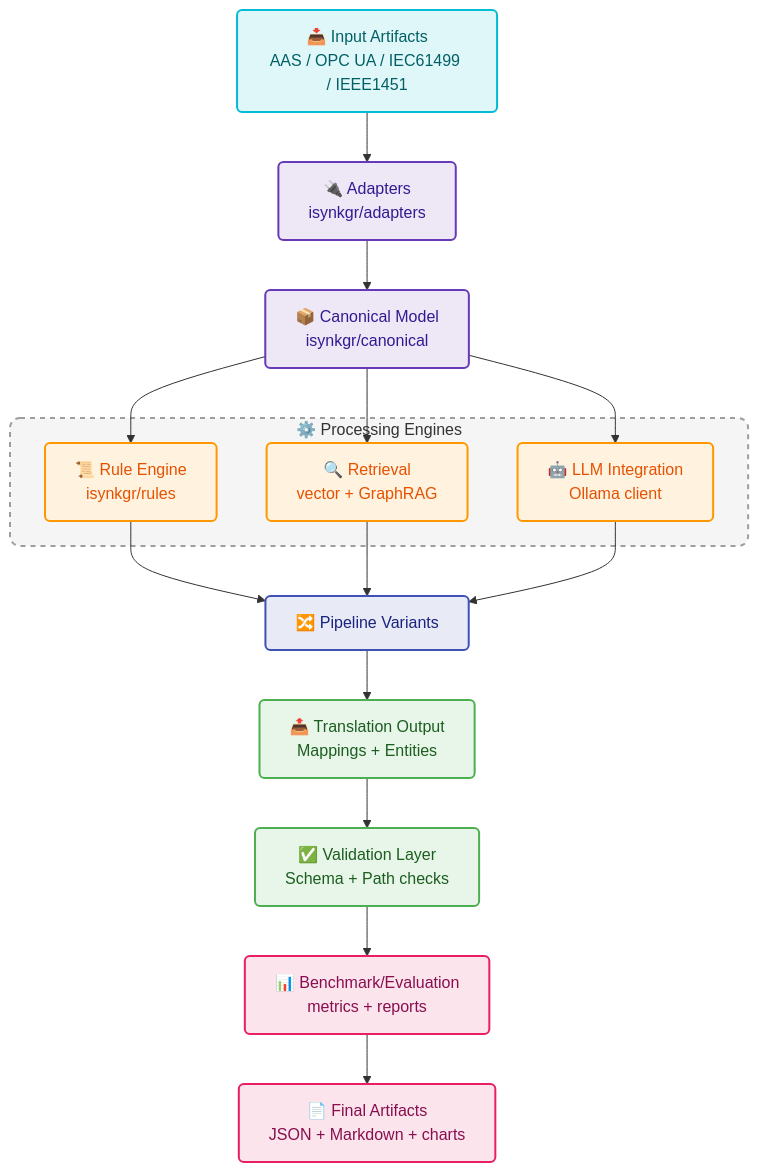
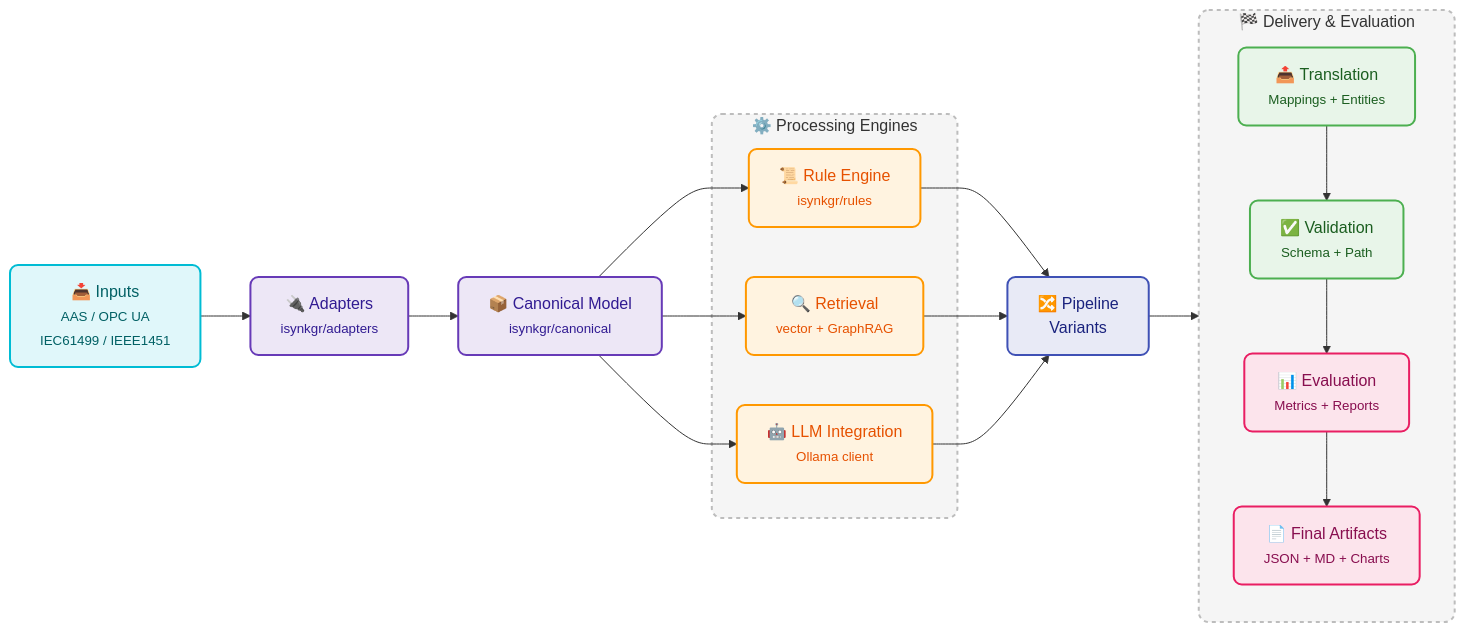
One commit to vtavakkoli/ISynKGR changed the diagram in README.md. Above: the diagram before and after it, drawn with Mermaid.

````diff
--- a/README.md
+++ b/README.md
@@ -25,37 +25,46 @@
 ```mermaid
-flowchart TD
-    %% Define Custom Colors and Styles (Material Design Palette)
-    classDef input fill:#e0f7fa,stroke:#00bcd4,stroke-width:2px,color:#006064,rx:5,ry:5
-    classDef core fill:#ede7f6,stroke:#673ab7,stroke-width:2px,color:#311b92,rx:5,ry:5
-    classDef engine fill:#fff3e0,stroke:#ff9800,stroke-width:2px,color:#e65100,rx:5,ry:5
-    classDef merge fill:#e8eaf6,stroke:#3f51b5,stroke-width:2px,color:#1a237e,rx:5,ry:5
-    classDef out fill:#e8f5e9,stroke:#4caf50,stroke-width:2px,color:#1b5e20,rx:5,ry:5
-    classDef metric fill:#fce4ec,stroke:#e91e63,stroke-width:2px,color:#880e4f,rx:5,ry:5
+flowchart LR
+    %% Custom Colors and Styles (Slightly rounder corners rx:8 for a modern card look)
+    classDef input fill:#e0f7fa,stroke:#00bcd4,stroke-width:2px,color:#006064,rx:8,ry:8
+    classDef core fill:#ede7f6,stroke:#673ab7,stroke-width:2px,color:#311b92,rx:8,ry:8
+    classDef engine fill:#fff3e0,stroke:#ff9800,stroke-width:2px,color:#e65100,rx:8,ry:8
+    classDef merge fill:#e8eaf6,stroke:#3f51b5,stroke-width:2px,color:#1a237e,rx:8,ry:8
+    classDef out fill:#e8f5e9,stroke:#4caf50,stroke-width:2px,color:#1b5e20,rx:8,ry:8
+    classDef metric fill:#fce4ec,stroke:#e91e63,stroke-width:2px,color:#880e4f,rx:8,ry:8
 
-    %% Nodes and Connections
-    A["📥 Input Artifacts<br>AAS / OPC UA / IEC61499 / IEEE1451"]:::input --> B["🔌 Adapters<br>isynkgr/adapters"]:::core
-    B --> C["📦 Canonical Model<br>isynkgr/canonical"]:::core
+    %% 1. Ingestion (Left Side)
+    A["📥 Inputs<br><small>AAS / OPC UA<br>IEC61499 / IEEE1451</small>"]:::input
+    B["🔌 Adapters<br><small>isynkgr/adapters</small>"]:::core
+    C["📦 Canonical Model<br><small>isynkgr/canonical</small>"]:::core
 
+    A --> B --> C
+
+    %% 2. Processing (Middle)
     subgraph Processing["⚙️ Processing Engines"]
-        D1["📜 Rule Engine<br>isynkgr/rules"]:::engine
-        D2["🔍 Retrieval<br>vector + GraphRAG"]:::engine
-        D3["🤖 LLM Integration<br>Ollama client"]:::engine
+        D1["📜 Rule Engine<br><small>isynkgr/rules</small>"]:::engine
+        D2["🔍 Retrieval<br><small>vector + GraphRAG</small>"]:::engine
+        D3["🤖 LLM Integration<br><small>Ollama client</small>"]:::engine
     end
 
-    C --> D1
-    C --> D2
-    C --> D3
+    C --> D1 & D2 & D3
 
-    D1 --> E["🔀 Pipeline Variants"]:::merge
-    D2 --> E
-    D3 --> E
+    E["🔀 Pipeline<br>Variants"]:::merge
+    D1 & D2 & D3 --> E
 
-    E --> F["📤 Translation Output<br>Mappings + Entities"]:::out
-    F --> G["✅ Validation Layer<br>Schema + Path checks"]:::out
-    G --> H["📊 Benchmark/Evaluation<br>metrics + reports"]:::metric
+    %% 3. Output Pipeline (Right Side - Folded vertically for compactness!)
+    subgraph Delivery["🏁 Delivery & Evaluation"]
+        direction TB
+        F["📤 Translation<br><small>Mappings + Entities</small>"]:::out
+        G["✅ Validation<br><small>Schema + Path</small>"]:::out
+        H["📊 Evaluation<br><small>Metrics + Reports</small>"]:::metric
+        I["📄 Final Artifacts<br><small>JSON + MD + Charts</small>"]:::metric
+        
+        F --> G --> H --> I
+    end
 
-    H --> I["📄 Final Artifacts<br>JSON + Markdown + charts"]:::metric
+    E --> F
 
-    %% Subgraph Styling (Light gray, dashed border, rounded corners)
-    style Processing fill:#f5f5f5,stroke:#9e9e9e,stroke-width:2px,stroke-dasharray: 5 5,rx:10,ry:10
+    %% Subgraph Styling
+    style Processing fill:#f5f5f5,stroke:#bdbdbd,stroke-width:2px,stroke-dasharray: 4 4,rx:10,ry:10
+    style Delivery fill:#f5f5f5,stroke:#bdbdbd,stroke-width:2px,stroke-dasharray: 4 4,rx:10,ry:10
 ```
````
